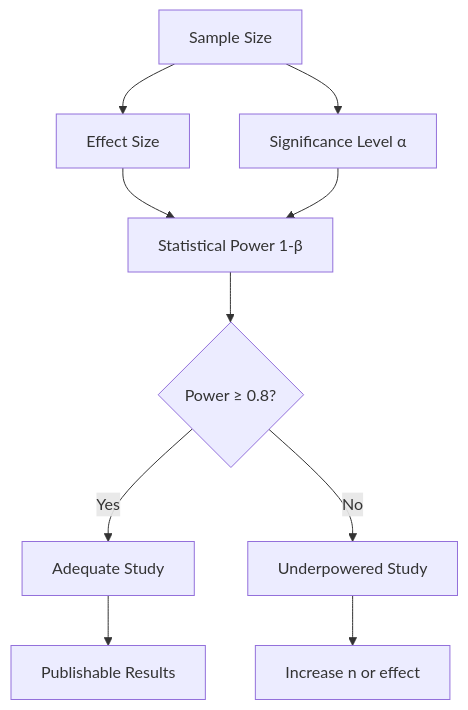
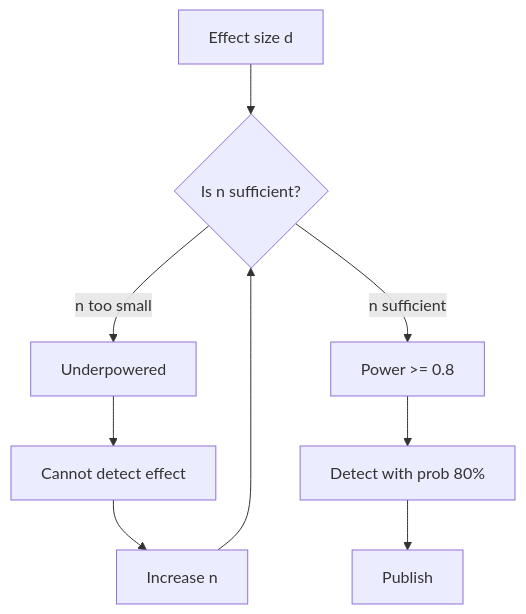
Before and after one commit to yip-lgtm/PhysicsSelfStudy: the fourth of 5 diagrams in 01_BSc_Physics/electives/PHYS_3090X_Directed_Studies_II/README.md, drawn with Mermaid. The commit also changed other lines of this file and 17 other files, not shown here.

````diff
--- a/01_BSc_Physics/electives/PHYS_3090X_Directed_Studies_II/README.md
+++ b/01_BSc_Physics/electives/PHYS_3090X_Directed_Studies_II/README.md
@@ -257,12 +588,11 @@
 ```mermaid
 graph TD
-    A[Sample Size] --> B[Effect Size]
-    A --> C[Significance Level α]
-    B --> D[Statistical Power 1-β]
-    C --> D
-    D --> E{Power ≥ 0.8?}
-    E -->|Yes| F[Adequate Study]
-    E -->|No| G[Underpowered Study]
-    F --> H[Publishable Results]
-    G --> I[Increase n or effect]
+    A[Effect size d] --> B{Is n sufficient?}
+    B -->|n too small| C[Underpowered]
+    B -->|n sufficient| D[Power >= 0.8]
+    C --> E[Cannot detect effect]
+    D --> F[Detect with prob 80%]
+    E --> G[Increase n]
+    F --> H[Publish]
+    G --> B
 ```
````
